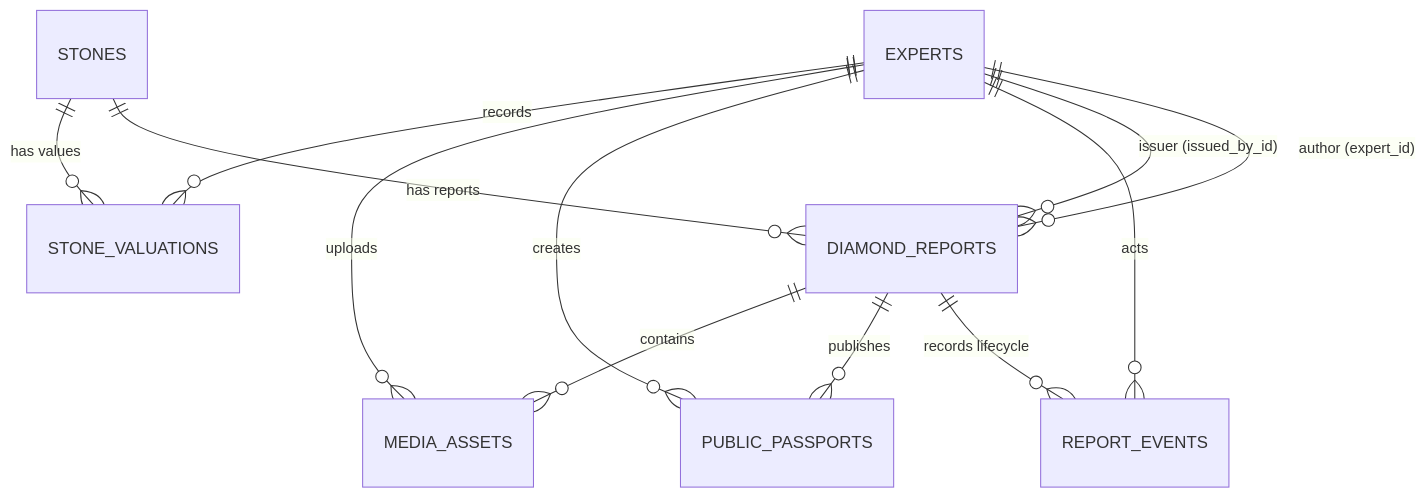
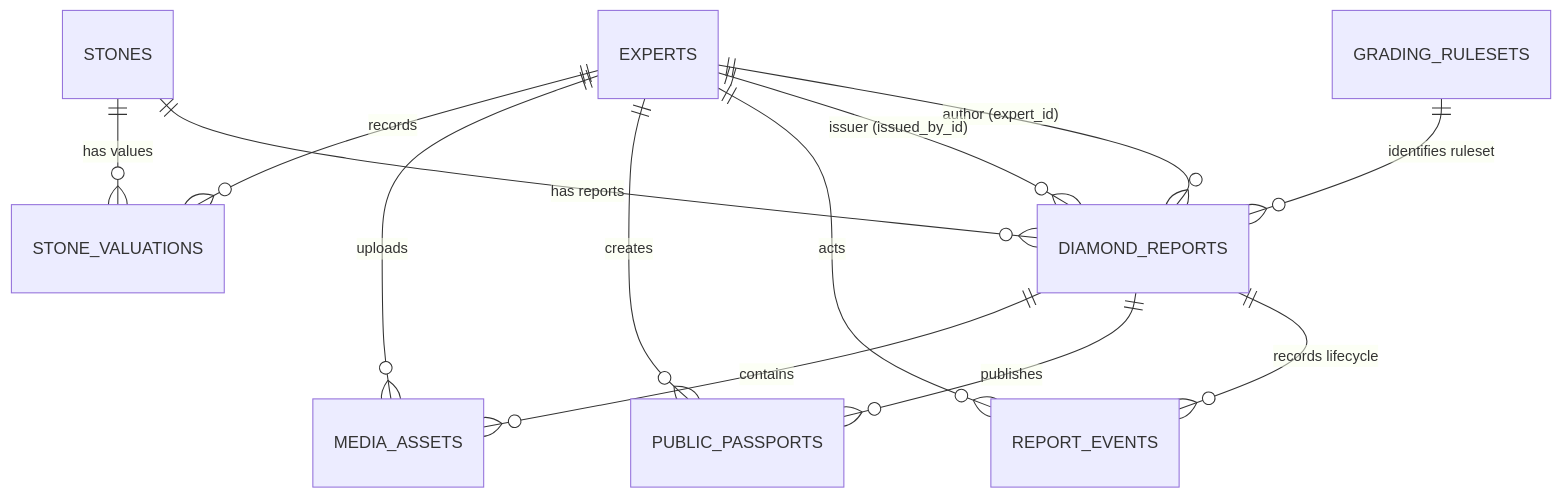
One commit to OlegBon/mntu_diplom_bachelors_agent changed the diagram in docs/db-schema.md. Above: the diagram before and after it, drawn with Mermaid. The commit also changed other lines of this file and 18 other files, not shown here.

````diff
--- a/docs/db-schema.md
+++ b/docs/db-schema.md
@@ -37,14 +38,15 @@
 ```mermaid
 erDiagram
     EXPERTS ||--o{ DIAMOND_REPORTS : "author (expert_id)"
     EXPERTS ||--o{ DIAMOND_REPORTS : "issuer (issued_by_id)"
+    GRADING_RULESETS ||--o{ DIAMOND_REPORTS : "identifies ruleset"
     STONES ||--o{ DIAMOND_REPORTS : "has reports"
     DIAMOND_REPORTS ||--o{ REPORT_EVENTS : "records lifecycle"
     EXPERTS ||--o{ REPORT_EVENTS : "acts"
     DIAMOND_REPORTS ||--o{ PUBLIC_PASSPORTS : "publishes"
     EXPERTS ||--o{ PUBLIC_PASSPORTS : "creates"
     DIAMOND_REPORTS ||--o{ MEDIA_ASSETS : "contains"
     EXPERTS ||--o{ MEDIA_ASSETS : "uploads"
     STONES ||--o{ STONE_VALUATIONS : "has values"
     EXPERTS ||--o{ STONE_VALUATIONS : "records"
 ```
````
